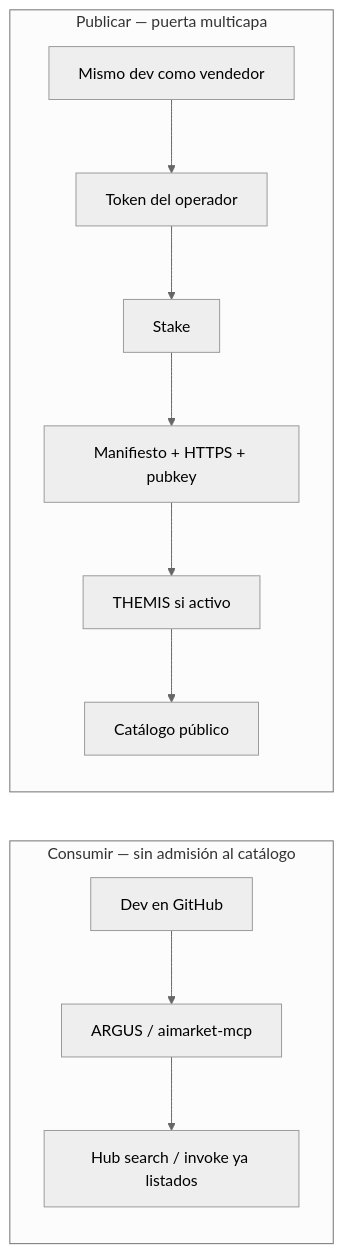
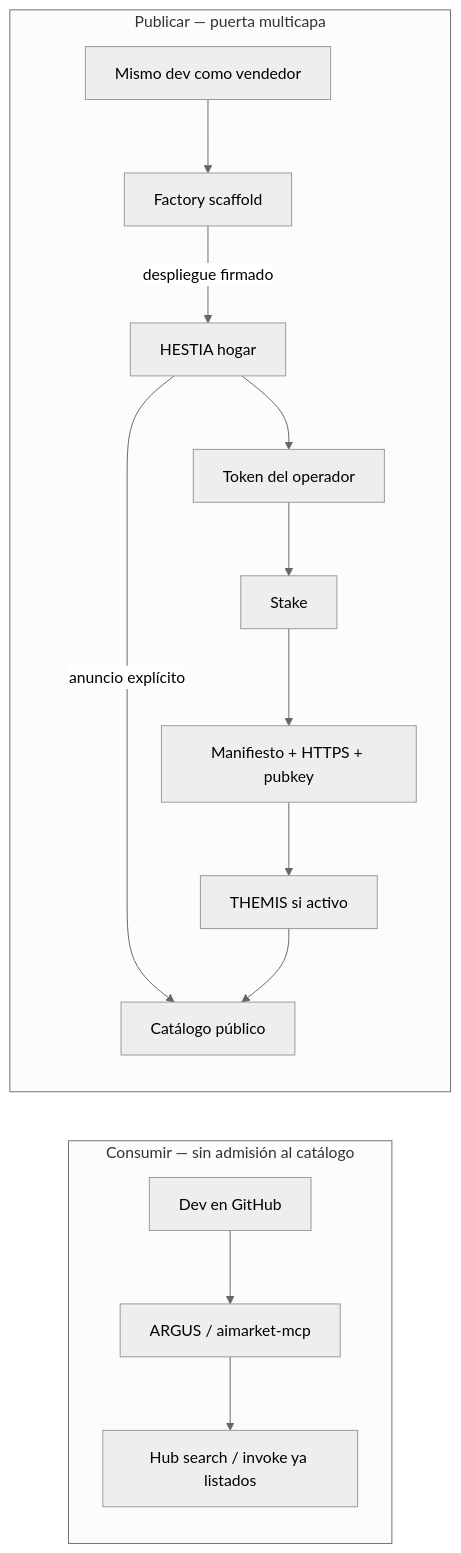
One commit to alexar76/aicom changed the diagram in docs/ecosystem/supply-chain-admission-es.md. Above: the diagram before and after it, drawn with Mermaid (neutral theme). The commit also changed other lines of this file and 28 other files, not shown here.

````diff
--- a/docs/ecosystem/supply-chain-admission-es.md
+++ b/docs/ecosystem/supply-chain-admission-es.md
@@ -101,14 +104,17 @@
 ```mermaid
 flowchart LR
   subgraph consume [Consumir — sin admisión al catálogo]
     Dev[Dev en GitHub] --> Argus[ARGUS / aimarket-mcp]
     Argus --> HubRead[Hub search / invoke ya listados]
   end
   subgraph publish [Publicar — puerta multicapa]
-    Dev2[Mismo dev como vendedor] --> Tok[Token del operador]
+    Dev2[Mismo dev como vendedor] --> Fac[Factory scaffold]
+    Fac -->|despliegue firmado| Hes[HESTIA hogar]
+    Hes --> Tok[Token del operador]
     Tok --> Stake[Stake]
     Stake --> Man[Manifiesto + HTTPS + pubkey]
     Man --> T[THEMIS si activo]
-    T --> Cat[Catálogo público]
+    Hes -->|anuncio explícito| Cat[Catálogo público]
+    T --> Cat
   end
 ```
````
